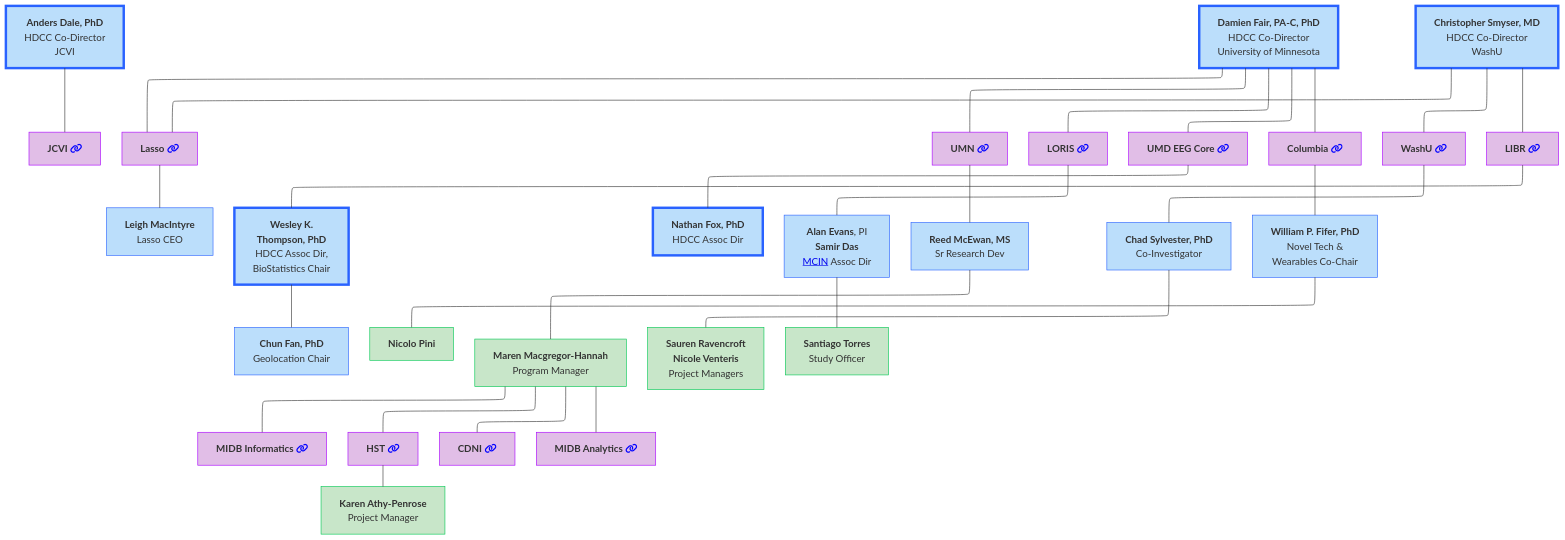
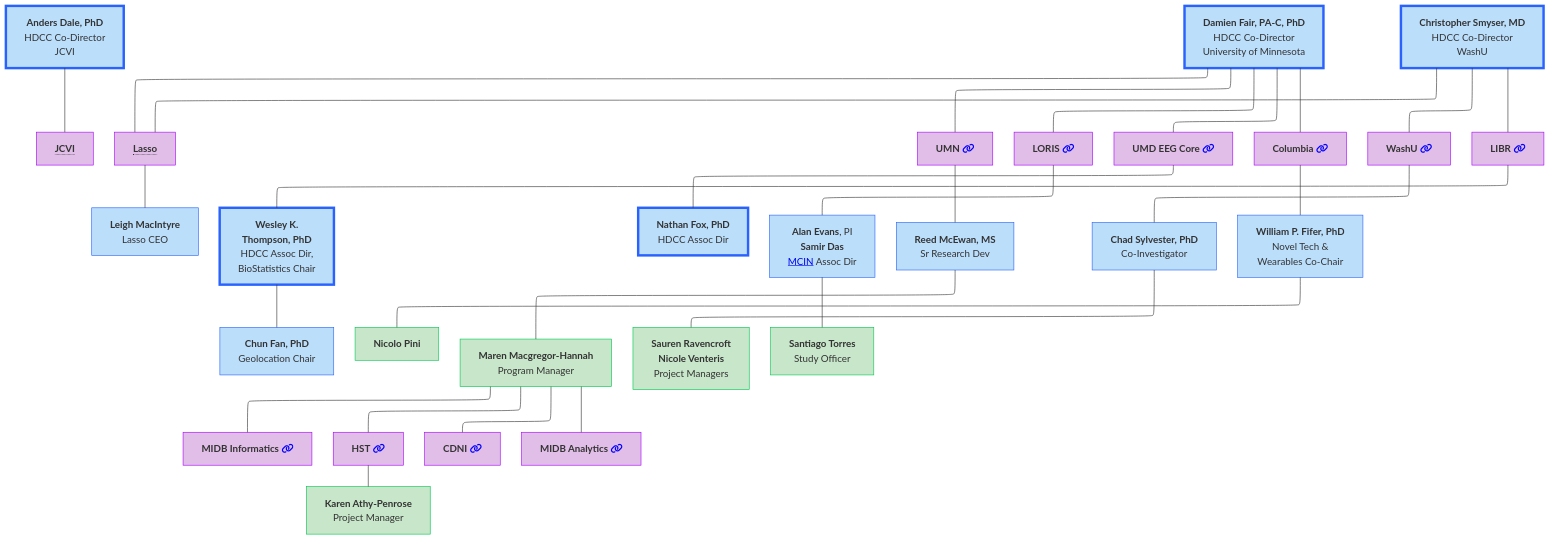
One commit to DCAN-Labs/hbcd-docs-internal changed the first of 12 diagrams in docs/orgcharts.md. Above: the diagram before and after it, drawn with Mermaid. The commit also changed 1 other file, not shown here.

````diff
--- a/docs/orgcharts.md
+++ b/docs/orgcharts.md
@@ -17,67 +17,67 @@
 ```mermaid
 ---
 config:
   layout: elk
 ---
 flowchart TB
-    n2["<b>Anders Dale, PhD<br></b>HDCC Co-Director<br>JCVI"] --- jcvi["<b>JCVI</b> <i class="fa-solid fa-link" style="color: blue;"></i>"]
-    E["<b>Damien Fair, PA-C, PhD</b><br>HDCC Co-Director<br>University of Minnesota"] --- lasso["<b>Lasso</b> <i class="fa-solid fa-link" style="color: blue;"></i>"] & umn["<b>UMN</b> <i class="fa-solid fa-link" style="color: blue;"></i>"] & n7["<b>LORIS</b> <i class="fa-solid fa-link" style="color: blue;"></i>"] & n8["<b>UMD EEG Core</b> <i class="fa-solid fa-link" style="color: blue;"></i>"] & n11["<b>Columbia</b> <i class="fa-solid fa-link" style="color: blue;"></i>"]
+    n2["<b>Anders Dale, PhD<br></b>HDCC Co-Director<br>JCVI"] --- jcvi["<b style="border-bottom: 1px dotted;">JCVI</b>"]
+    E["<b>Damien Fair, PA-C, PhD</b><br>HDCC Co-Director<br>University of Minnesota"] --- lasso["<b style="border-bottom: 1px dotted;">Lasso</b>"] & umn["<b>UMN</b> <i class="fa-solid fa-link" style="color: blue;"></i>"] & n7["<b>LORIS</b> <i class="fa-solid fa-link" style="color: blue;"></i>"] & n8["<b>UMD EEG Core</b> <i class="fa-solid fa-link" style="color: blue;"></i>"] & n11["<b>Columbia</b> <i class="fa-solid fa-link" style="color: blue;"></i>"]
     lasso --- lasso1["<b>Leigh MacIntyre</b><br>Lasso CEO"]
     n1["<b>Christopher Smyser, MD<br></b>HDCC Co-Director<br>WashU"] --- n10["<b>WashU</b> <i class="fa-solid fa-link" style="color: blue;"></i>"] & n12["<b>LIBR</b> <i class="fa-solid fa-link" style="color: blue;"></i>"] & lasso
     n16["<b>Wesley K.<br>Thompson, PhD</b><br>HDCC Assoc Dir,<br>BioStatistics Chair"] --- n17["<b>Chun Fan, PhD</b><br>Geolocation Chair"]
     n12 --- n16
     n8 --- n19["<b>Nathan Fox, PhD<br></b>HDCC Assoc Dir"]
     n7 --- n20["<b>Alan Evans</b>, PI<br><b>Samir Das</b><br><a href="https://mcin.ca/about-mcin/" target="_blank">MCIN</a> Assoc Dir"]
     umn --- reed["<b>Reed McEwan, MS</b><br>Sr Research Dev"]
     n10 --- n22["<b>Chad Sylvester, PhD</b><br>Co-Investigator"]
     n11 --- n18["<b>William P. Fifer, PhD</b><br>Novel Tech &<br>Wearables Co-Chair"]
     n18 --- n34["<b>Nicolo Pini</b>"]
     reed --- n30["<b>Maren Macgregor-Hannah</b><br>Program Manager"]
     n30 --- n25["<b>MIDB Informatics</b> <i class="fa-solid fa-link" style="color: blue;"></i>"]
     n30 --- n27["<b>HST</b> <i class="fa-solid fa-link" style="color: blue;"></i>"]
     n30 --- n28["<b>CDNI</b> <i class="fa-solid fa-link" style="color: blue;"></i>"]
     n30 --- n29["<b>MIDB Analytics</b> <i class="fa-solid fa-link" style="color: blue;"></i>"]
     n27 --- n31["<b>Karen Athy-Penrose</b><br>Project Manager"]
     n22 --- n32["<b>Sauren Ravencroft<br>Nicole Venteris</b><br>Project Managers"]
     n20 --- n33["<b>Santiago Torres</b><br>Study Officer"]
     style n2 fill:#BBDEFB,stroke:#2962FF,stroke-width:4px
     style jcvi fill:#E1BEE7,stroke:#AA00FF
     style E fill:#BBDEFB,stroke:#2962FF,stroke-width:4px
     style lasso fill:#E1BEE7,stroke:#AA00FF
     style umn fill:#E1BEE7,stroke:#AA00FF
     style n7 fill:#E1BEE7,stroke:#AA00FF
     style n8 fill:#E1BEE7,stroke:#AA00FF
     style n11 fill:#E1BEE7,stroke:#AA00FF
     style lasso1 fill:#BBDEFB,stroke:#2962FF
     style n1 fill:#BBDEFB,stroke:#2962FF,stroke-width:4px
     style n10 fill:#E1BEE7,stroke:#AA00FF
     style n12 fill:#E1BEE7,stroke:#AA00FF
     style n16 fill:#BBDEFB,stroke:#2962FF,stroke-width:4px
     style n17 fill:#BBDEFB,stroke:#2962FF
     style n19 fill:#BBDEFB,stroke:#2962FF,stroke-width:4px
     style n20 fill:#BBDEFB,stroke:#2962FF
     style reed fill:#BBDEFB,stroke:#2962FF
     style n22 fill:#BBDEFB,stroke:#2962FF
     style n18 fill:#BBDEFB,stroke:#2962FF
     style n25 fill:#E1BEE7,stroke:#AA00FF
     style n27 fill:#E1BEE7,stroke:#AA00FF
     style n28 fill:#E1BEE7,stroke:#AA00FF
     style n29 fill:#E1BEE7,stroke:#AA00FF
     style n30 fill:#C8E6C9,stroke:#00C853
     style n31 fill:#C8E6C9,stroke:#00C853
     style n32 fill:#C8E6C9,stroke:#00C853
     style n33 fill:#C8E6C9,stroke:#00C853
     style n34 fill:#C8E6C9,stroke:#00C853
     click jcvi "#j-craig-venter-institute"
     click lasso "#lasso"
     click umn "#university-of-minnesota"
     click n7 "#loris"
     click n8 "#university-of-maryland"
     click n10 "#washu"
     click n25 "#midb-informatics-hub-msi"
     click n29 "#midb-analytics-hub"
     click n27 "#health-sciences-technology"
     click n28 "#center-for-developmental-neuroimaging"
     click n12 "#libr"
     click n11 "#columbia-university"
 ```
````
